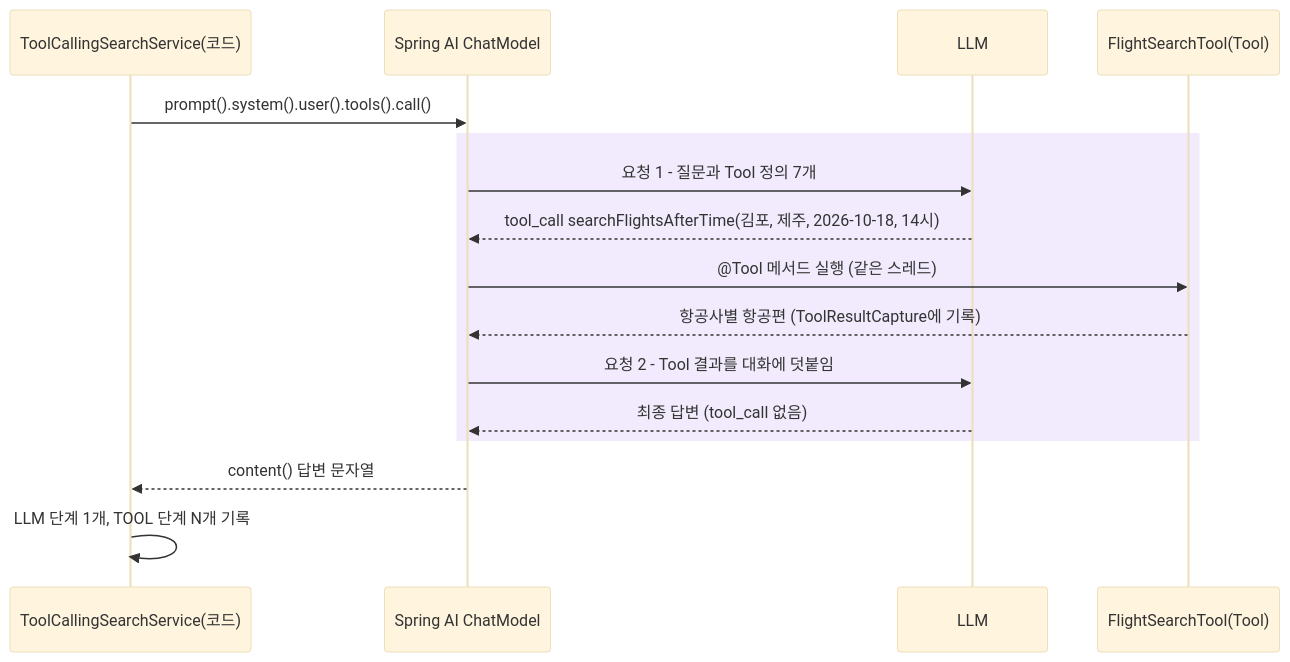
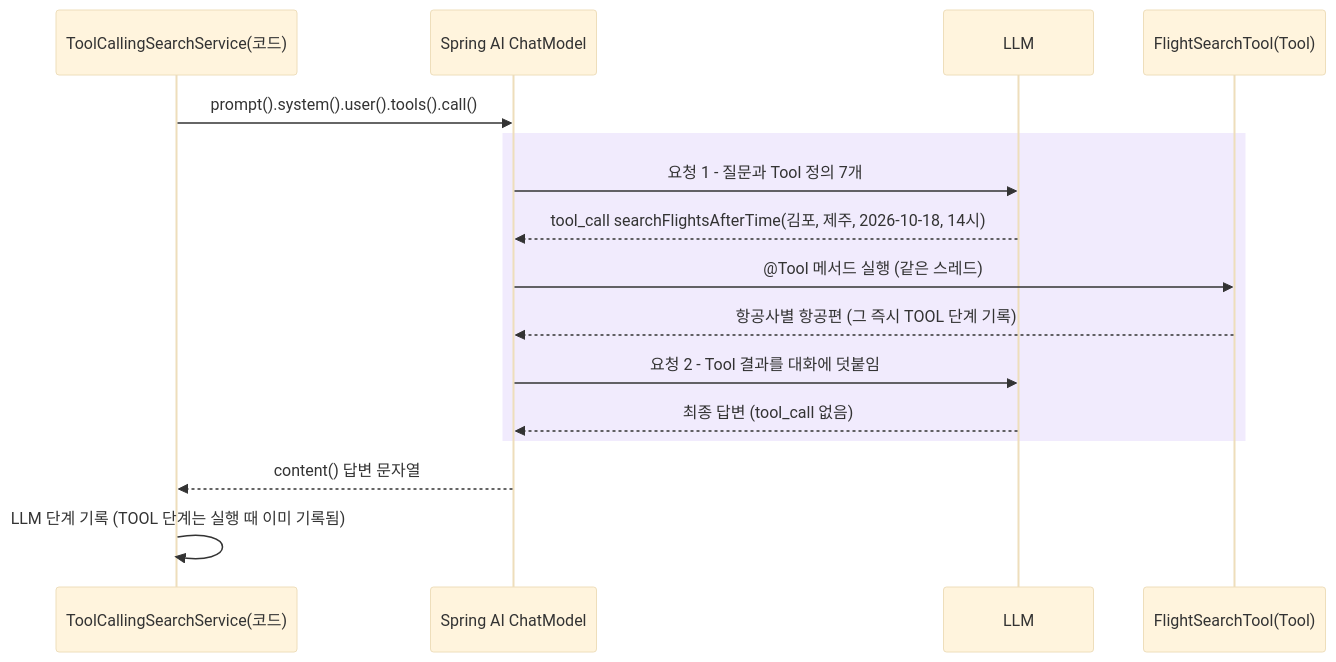
One commit to nhn-academy-marco/ai-fly-schedule changed the diagram in docs/08-tool-calling-agent.md. Above: the diagram before and after it, drawn with Mermaid (base theme). The commit also changed other lines of this file and 12 other files, not shown here.

````diff
--- a/docs/08-tool-calling-agent.md
+++ b/docs/08-tool-calling-agent.md
@@ -87,18 +91,18 @@
 ```mermaid
 sequenceDiagram
     participant S as ToolCallingSearchService(코드)
     participant AI as Spring AI ChatModel
     participant L as LLM
     participant T as FlightSearchTool(Tool)
     S->>AI: prompt().system().user().tools().call()
     rect rgb(241,235,253)
         AI->>L: 요청 1 - 질문과 Tool 정의 7개
         L-->>AI: tool_call searchFlightsAfterTime(김포, 제주, 2026-10-18, 14시)
         AI->>T: @Tool 메서드 실행 (같은 스레드)
-        T-->>AI: 항공사별 항공편 (ToolResultCapture에 기록)
+        T-->>AI: 항공사별 항공편 (그 즉시 TOOL 단계 기록)
         AI->>L: 요청 2 - Tool 결과를 대화에 덧붙임
         L-->>AI: 최종 답변 (tool_call 없음)
     end
     AI-->>S: content() 답변 문자열
-    S->>S: LLM 단계 1개, TOOL 단계 N개 기록
+    S->>S: LLM 단계 기록 (TOOL 단계는 실행 때 이미 기록됨)
 ```
````
